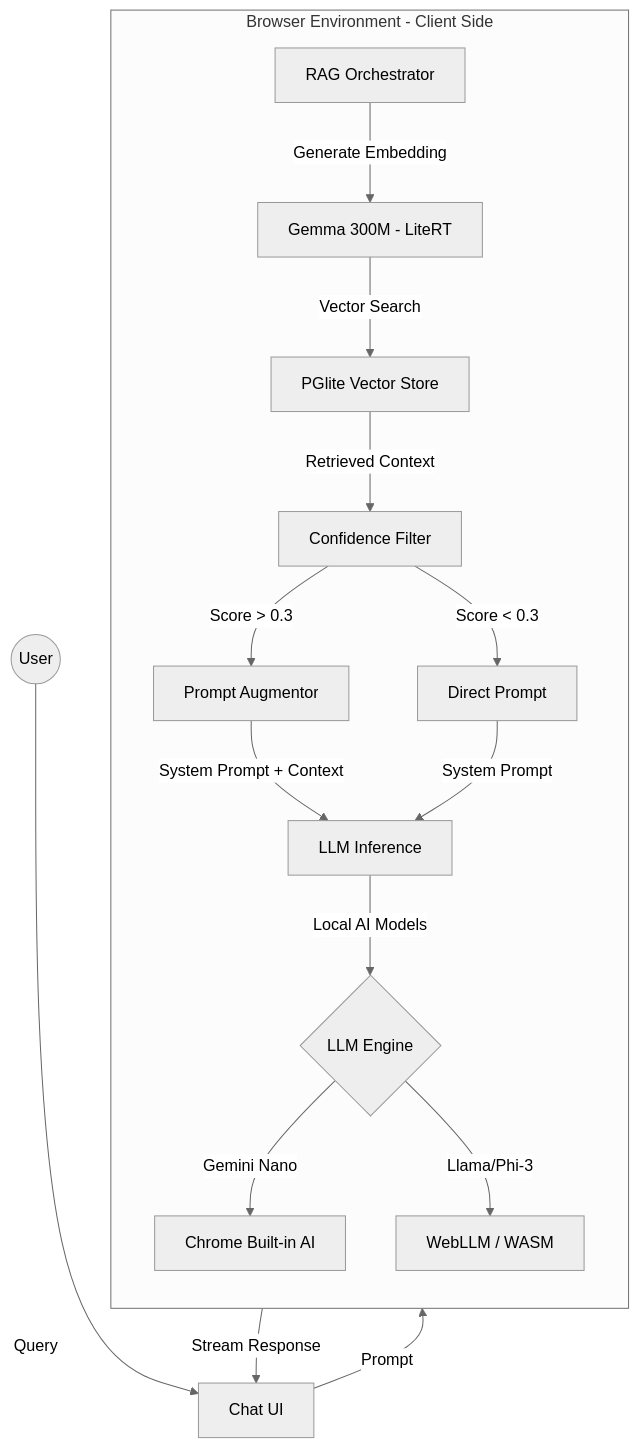
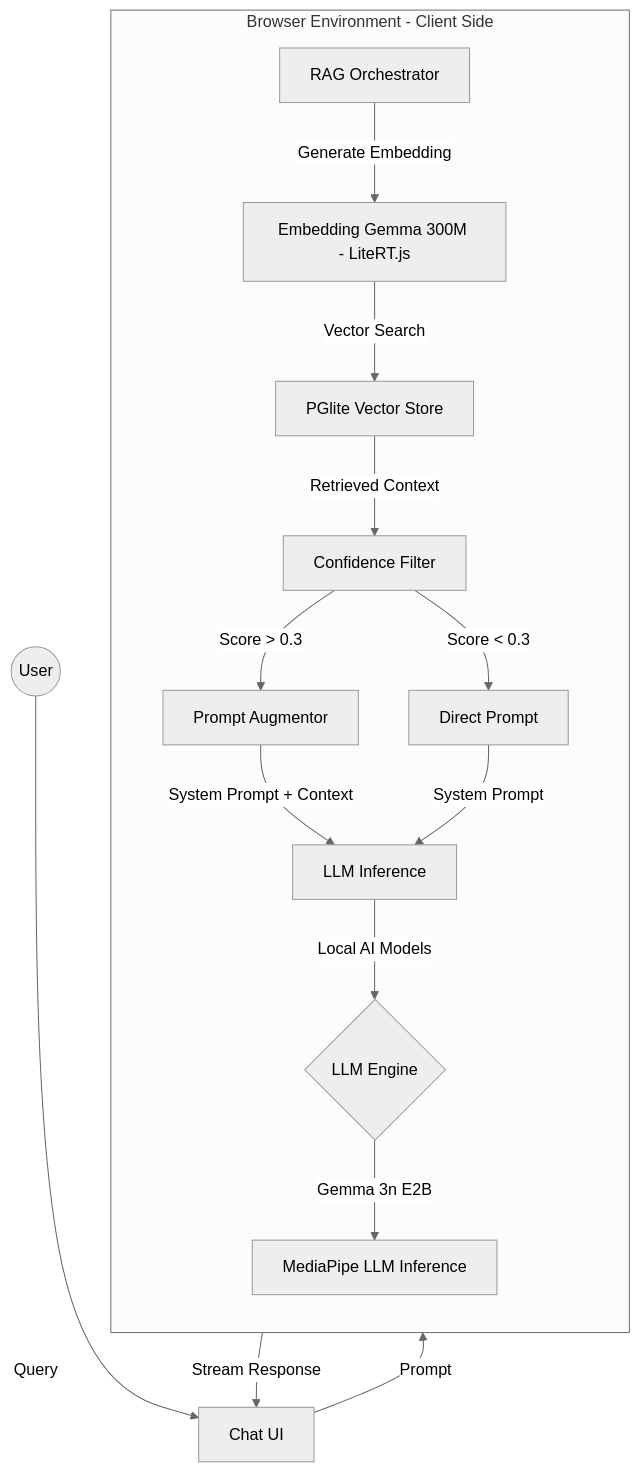
Before and after one commit to Buddhilive/buddhi-ai: the diagram in README.md, drawn with Mermaid (neutral theme). The commit also changed other lines of this file, not shown here.

````diff
--- a/README.md
+++ b/README.md
@@ -21,24 +21,23 @@
 ```mermaid
 graph TD
     User((User)) -->|Query| UI[Chat UI]
     UI -->|Prompt| RAG[RAG Orchestrator]
     
     subgraph Browser_Environment [Browser Environment - Client Side]
         direction TB
-        RAG -->|Generate Embedding| EMB[Gemma 300M - LiteRT]
+        RAG -->|Generate Embedding| EMB[Embedding Gemma 300M - LiteRT.js]
         EMB -->|Vector Search| PGL[PGlite Vector Store]
         PGL -->|Retrieved Context| CF[Confidence Filter]
         
         CF -->|Score > 0.3| AUG[Prompt Augmentor]
         CF -->|Score < 0.3| NO_AUG[Direct Prompt]
         
         AUG -->|System Prompt + Context| INF[LLM Inference]
         NO_AUG -->|System Prompt| INF
         
         INF -->|Local AI Models| LLM{LLM Engine}
-        LLM -->|Gemini Nano| CHR[Chrome Built-in AI]
-        LLM -->|Llama/Phi-3| WLLM[WebLLM / WASM]
+        LLM -->|Gemma 3n E2B| MP[MediaPipe LLM Inference]
     end
     
     INF -->|Stream Response| UI
 ```
````
